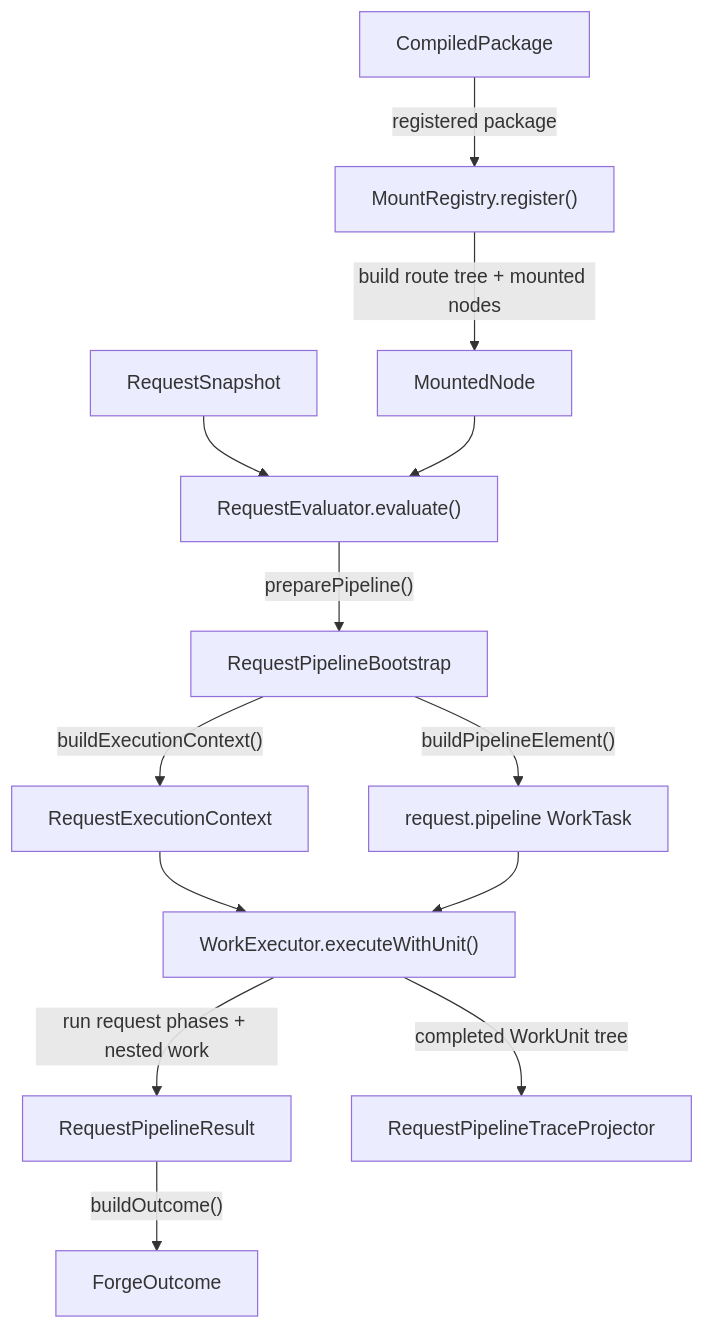
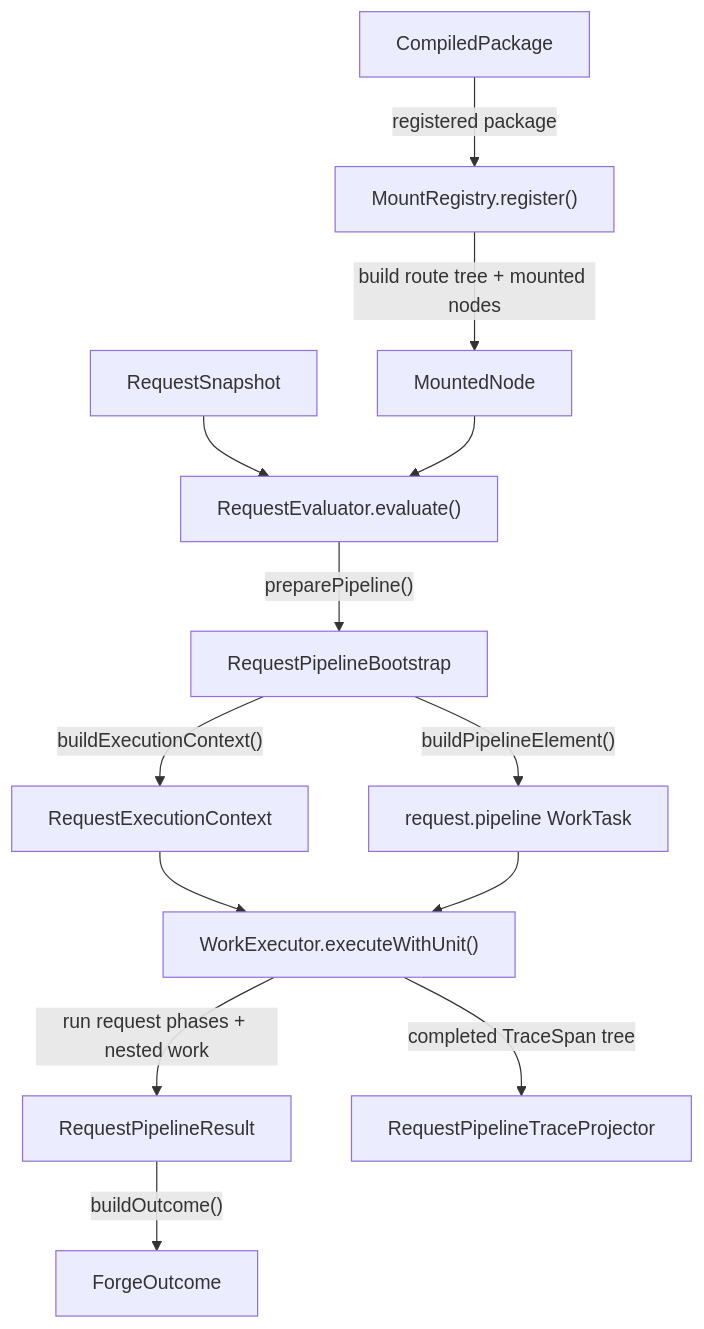
One commit to ministryofjustice/hmpps-forge changed the first of 2 diagrams in packages/forge-core/src/engine/runtime/README.md. Above: the diagram before and after it, drawn with Mermaid. The commit also changed 60 other files, not shown here.

````diff
--- a/packages/forge-core/src/engine/runtime/README.md
+++ b/packages/forge-core/src/engine/runtime/README.md
@@ -94,15 +94,15 @@
 ```mermaid
 flowchart TD
   compiled["CompiledPackage"] -->|"registered package"| mount["MountRegistry.register()"]
   mount -->|"build route tree + mounted nodes"| mounted["MountedNode"]
   request["RequestSnapshot"] --> runtime["RequestEvaluator.evaluate()"]
   mounted --> runtime
   runtime -->|"preparePipeline()"| bootstrap["RequestPipelineBootstrap"]
   bootstrap -->|"buildExecutionContext()"| requestContext["RequestExecutionContext"]
   bootstrap -->|"buildPipelineElement()"| pipelineTask["request.pipeline WorkTask"]
   requestContext --> executor["WorkExecutor.executeWithUnit()"]
   pipelineTask --> executor
   executor -->|"run request phases + nested work"| pipelineResult["RequestPipelineResult"]
-  executor -->|"completed WorkUnit tree"| trace["RequestPipelineTraceProjector"]
+  executor -->|"completed TraceSpan tree"| trace["RequestPipelineTraceProjector"]
   pipelineResult -->|"buildOutcome()"| outcome["ForgeOutcome"]
 ```
````
